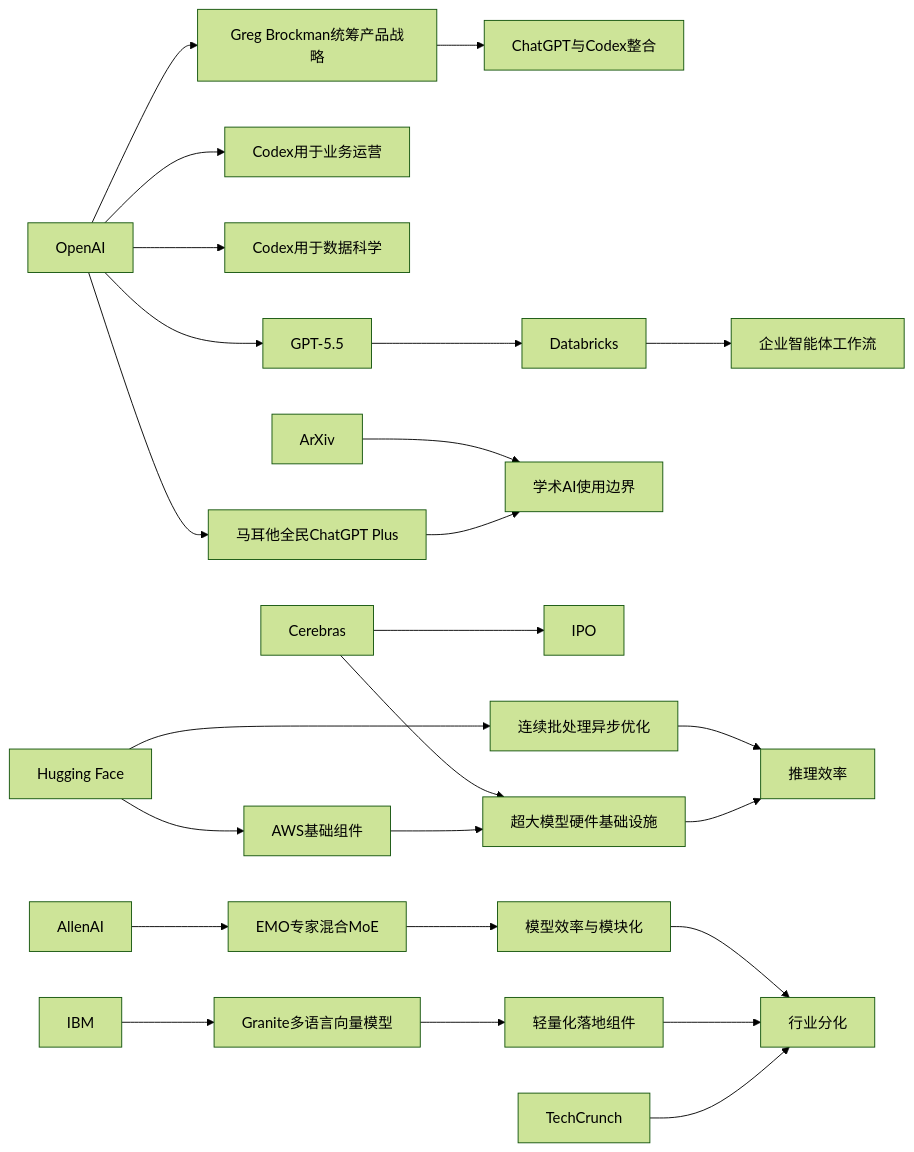
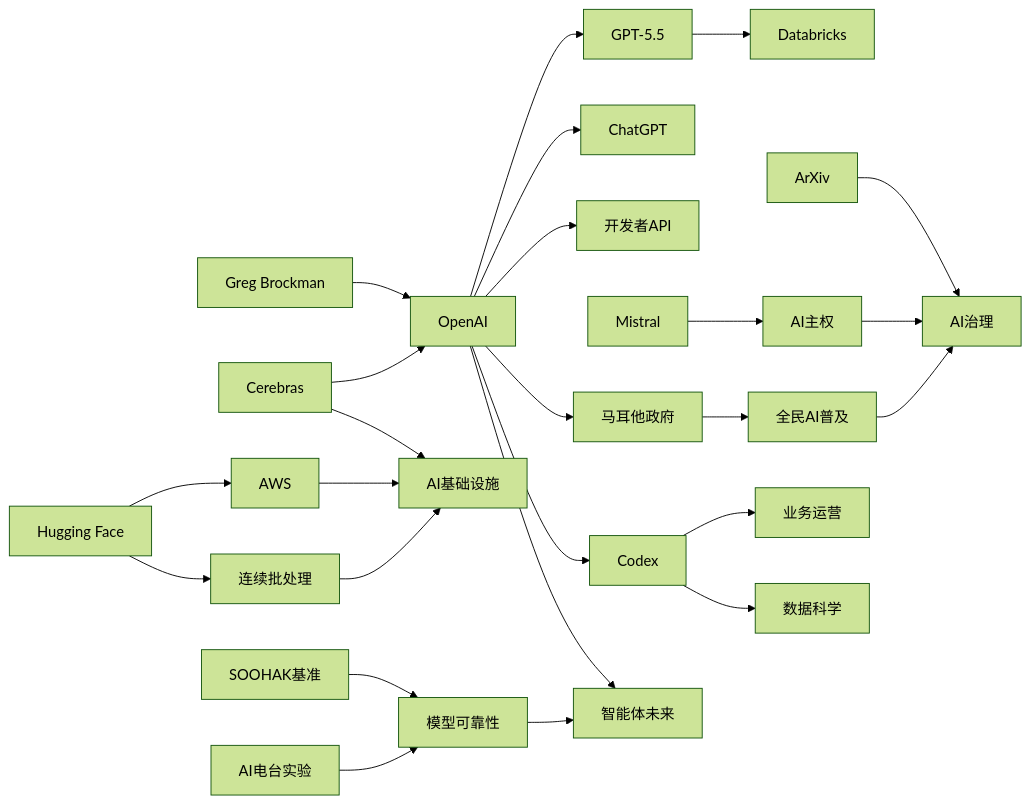
One commit to zhuxinfei/ai-daily-site changed the diagram in content/cn/2026/2026-05/2026-05-17.md. Above: the diagram before and after it, drawn with Mermaid (forest theme). The commit also changed other lines of this file, not shown here.

````diff
--- a/content/cn/2026/2026-05/2026-05-17.md
+++ b/content/cn/2026/2026-05/2026-05-17.md
@@ -110,30 +117,52 @@
 ```mermaid
 graph LR
-    OpenAI --> Malta[马耳他全民ChatGPT Plus]
-    OpenAI --> CodexBiz[Codex用于业务运营]
-    OpenAI --> CodexDS[Codex用于数据科学]
-    OpenAI --> GPT55[GPT-5.5]
-    OpenAI --> Brockman[Greg Brockman统筹产品战略]
-    Brockman --> Integration[ChatGPT与Codex整合]
+    OpenAI[OpenAI]
+    Codex[Codex]
+    ChatGPT[ChatGPT]
+    API[开发者API]
+    Brockman[Greg Brockman]
+    Databricks[Databricks]
+    GPT55[GPT-5.5]
+    Cerebras[Cerebras]
+    Infra[AI基础设施]
+    HF[Hugging Face]
+    AWS[AWS]
+    Batching[连续批处理]
+    Arxiv[ArXiv]
+    Governance[AI治理]
+    Mistral[Mistral]
+    Sovereignty[AI主权]
+    Malta[马耳他政府]
+    PublicAI[全民AI普及]
+    SOOHAK[SOOHAK基准]
+    RadioExp[AI电台实验]
+    Reliability[模型可靠性]
+
+    Brockman --> OpenAI
+    OpenAI --> ChatGPT
+    OpenAI --> Codex
+    OpenAI --> API
+    OpenAI --> GPT55
     GPT55 --> Databricks
-    Databricks --> AgentWF[企业智能体工作流]
+    Codex --> BizOps[业务运营]
+    Codex --> DataSci[数据科学]
+    OpenAI --> AgentFuture[智能体未来]
 
-    ArXiv --> Governance[学术AI使用边界]
-    Malta --> Governance
+    Cerebras --> Infra
+    HF --> Batching
+    HF --> AWS
+    AWS --> Infra
+    Batching --> Infra
+    Cerebras --> OpenAI
 
-    Cerebras --> IPO[IPO]
-    Cerebras --> Infra[超大模型硬件基础设施]
-    AWS[AWS基础组件] --> Infra
-    HF[Hugging Face] --> AWS
-    HF --> Async[连续批处理异步优化]
-    Async --> Inference[推理效率]
-    Infra --> Inference
+    Arxiv --> Governance
+    Mistral --> Sovereignty
+    Sovereignty --> Governance
+    Malta --> PublicAI
+    OpenAI --> Malta
+    PublicAI --> Governance
 
-    AllenAI --> EMO[EMO专家混合MoE]
-    IBM --> Granite[Granite多语言向量模型]
-    EMO --> ModelTrend[模型效率与模块化]
-    Granite --> AppTrend[轻量化落地组件]
-    ModelTrend --> IndustryGap[行业分化]
-    AppTrend --> IndustryGap
-    TechCrunch[TechCrunch] --> IndustryGap
+    SOOHAK --> Reliability
+    RadioExp --> Reliability
+    Reliability --> AgentFuture
 ```
````
